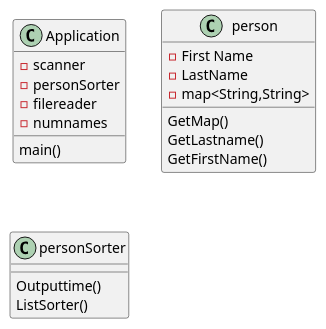
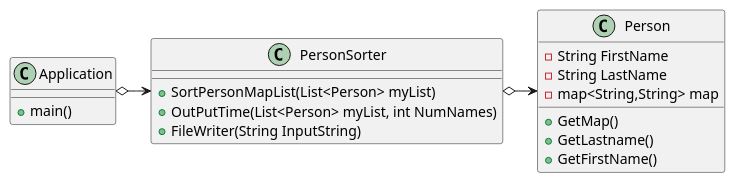
The diagram in src/main/java/oop/assignment3/ex41/exercise41_Diagram.puml (Awesome-wolf-101/ashby-cop3330-assignment3), drawn with PlantUML before and after one commit. The commit also changed 5 other files, not shown here.

```diff
--- a/src/main/java/oop/assignment3/ex41/exercise41_Diagram.puml
+++ b/src/main/java/oop/assignment3/ex41/exercise41_Diagram.puml
@@ -1,31 +1,30 @@
 @startuml
 'https://plantuml.com/sequence-diagram
 
 class Application{
--scanner
--personSorter
--filereader
--numnames
 
-main()
++main()
 }
 
-class person{
--First Name
--LastName
--map<String,String>
+class Person{
+-String FirstName
+-String LastName
+-map<String,String> map
 
-GetMap()
-GetLastname()
-GetFirstName()
++GetMap()
++GetLastname()
++GetFirstName()
 }
 
-class personSorter{
+class PersonSorter{
 
 
-Outputtime()
-ListSorter()
++SortPersonMapList(List<Person> myList)
++OutPutTime(List<Person> myList, int NumNames)
++FileWriter(String InputString)
 
 
 }
+ Application o-> PersonSorter
+ PersonSorter o-> Person
 @enduml
```
